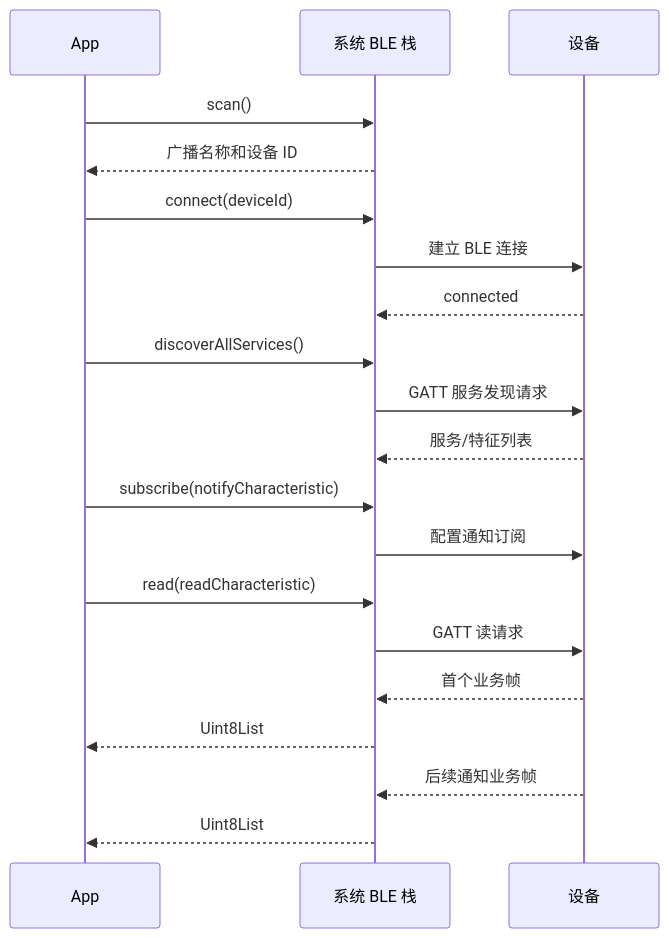
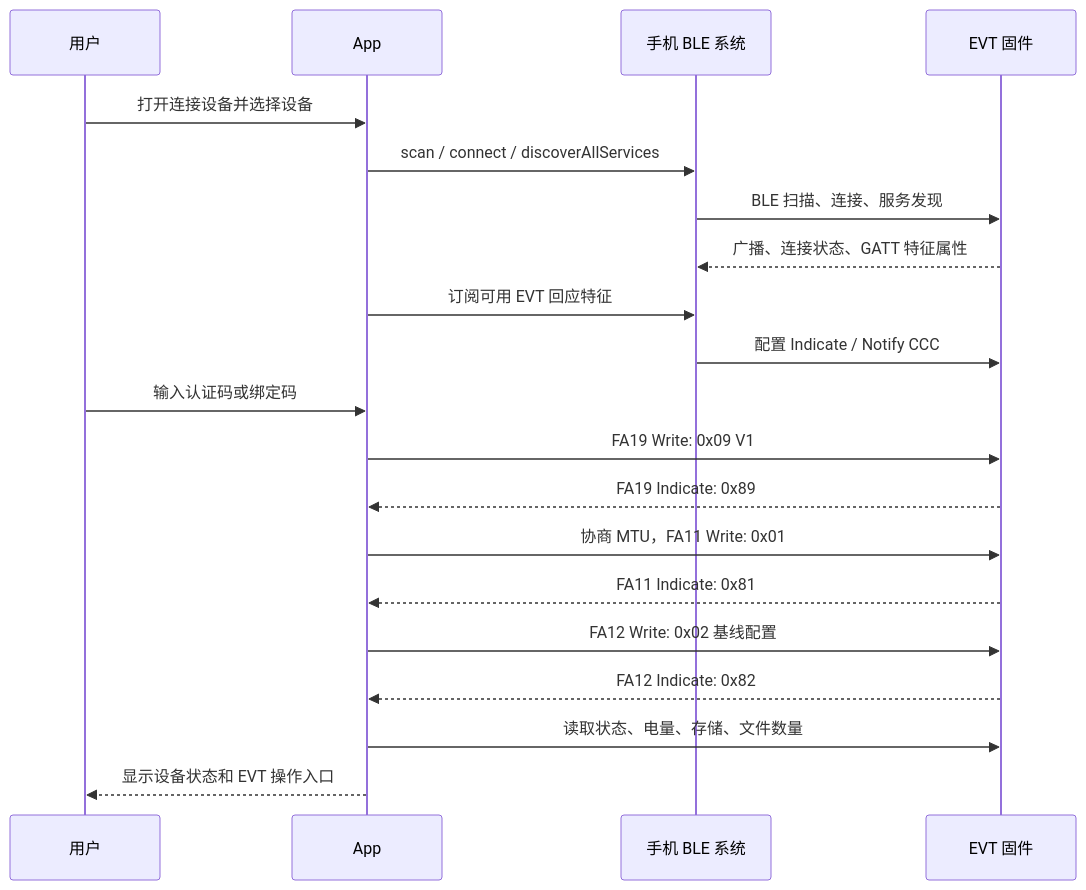
Before and after one commit to 01xkp/EVT_Flutter_APP: the diagram in docs/app-device-flow.md, drawn with Mermaid. The commit also changed other lines of this file and 322 other files, not shown here.

````diff
--- a/docs/app-device-flow.md
+++ b/docs/app-device-flow.md
@@ -234,23 +27,23 @@
 ```mermaid
 sequenceDiagram
+    participant U as 用户
     participant A as App
-    participant S as 系统 BLE 栈
-    participant D as 设备
+    participant S as 手机 BLE 系统
+    participant D as EVT 固件
 
-    A->>S: scan()
-    S-->>A: 广播名称和设备 ID
-    A->>S: connect(deviceId)
-    S->>D: 建立 BLE 连接
-    D-->>S: connected
-    A->>S: discoverAllServices()
-    S->>D: GATT 服务发现请求
-    D-->>S: 服务/特征列表
-    A->>S: subscribe(notifyCharacteristic)
-    S->>D: 配置通知订阅
-    A->>S: read(readCharacteristic)
-    S->>D: GATT 读请求
-    D-->>S: 首个业务帧
-    S-->>A: Uint8List
-    D-->>S: 后续通知业务帧
-    S-->>A: Uint8List
+    U->>A: 打开连接设备并选择设备
+    A->>S: scan / connect / discoverAllServices
+    S->>D: BLE 扫描、连接、服务发现
+    D-->>S: 广播、连接状态、GATT 特征属性
+    A->>S: 订阅可用 EVT 回应特征
+    S->>D: 配置 Indicate / Notify CCC
+    U->>A: 输入认证码或绑定码
+    A->>D: FA19 Write: 0x09 V1
+    D-->>A: FA19 Indicate: 0x89
+    A->>D: 协商 MTU，FA11 Write: 0x01
+    D-->>A: FA11 Indicate: 0x81
+    A->>D: FA12 Write: 0x02 基线配置
+    D-->>A: FA12 Indicate: 0x82
+    A->>D: 读取状态、电量、存储、文件数量
+    A-->>U: 显示设备状态和 EVT 操作入口
 ```
````
